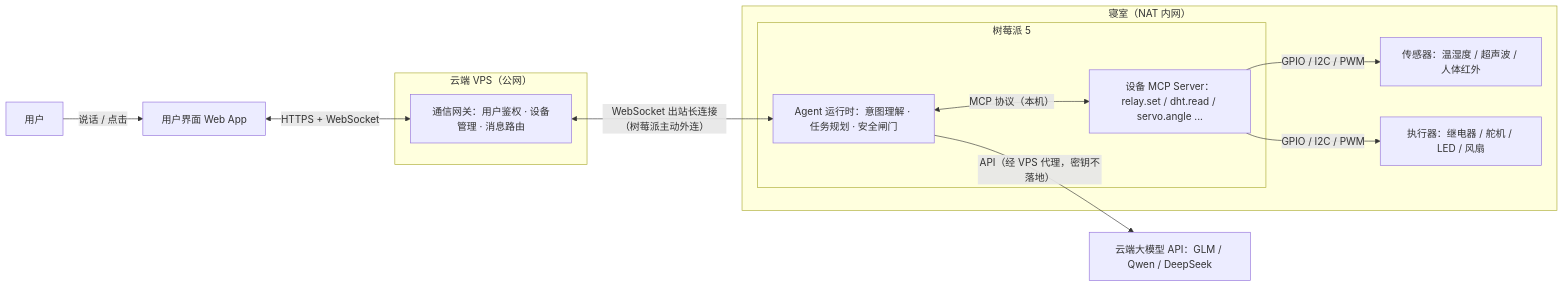
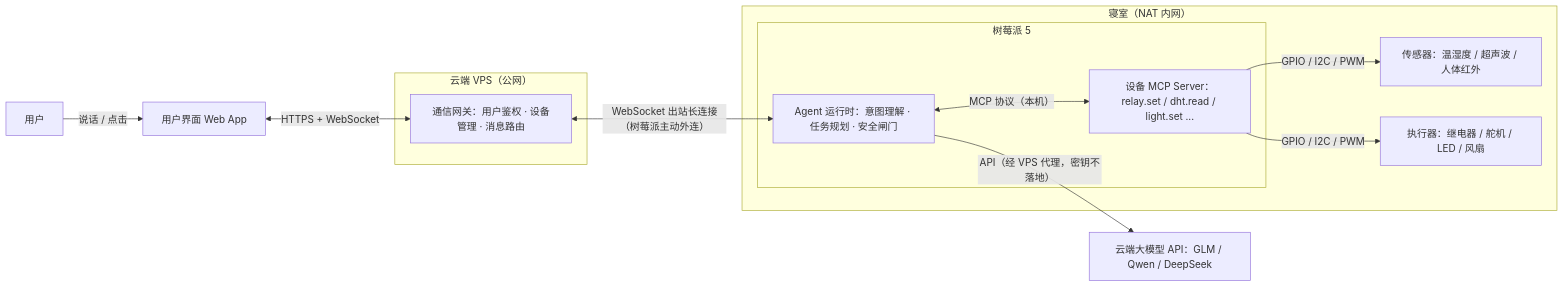
The diagram in docs/project_intro.md (L1rics06/Raspberry-Router), drawn with Mermaid before and after one commit. The commit also changed other lines of this file and 173 other files, not shown here.

````diff
--- a/docs/project_intro.md
+++ b/docs/project_intro.md
@@ -30,26 +30,26 @@
 ```mermaid
 flowchart LR
     U["用户"] -->|"说话 / 点击"| UI["用户界面 Web App"]
 
     subgraph cloud["云端 VPS（公网）"]
         GW["通信网关：用户鉴权 · 设备管理 · 消息路由"]
     end
 
     subgraph dorm["寝室（NAT 内网）"]
         subgraph rpi["树莓派 5"]
             AG["Agent 运行时：意图理解 · 任务规划 · 安全闸门"]
-            DEV["设备 MCP Server：relay.set / dht.read / servo.angle ..."]
+            DEV["设备 MCP Server：relay.set / dht.read / light.set ..."]
         end
         IN["传感器：温湿度 / 超声波 / 人体红外"]
         OUT["执行器：继电器 / 舵机 / LED / 风扇"]
     end
 
     LLM["云端大模型 API：GLM / Qwen / DeepSeek"]
 
     UI <-->|"HTTPS + WebSocket"| GW
     GW <-->|"WebSocket 出站长连接（树莓派主动外连）"| AG
     AG -->|"API（经 VPS 代理，密钥不落地）"| LLM
     AG <-->|"MCP 协议（本机）"| DEV
     DEV -->|"GPIO / I2C / PWM"| IN
     DEV -->|"GPIO / I2C / PWM"| OUT
 ```
````
